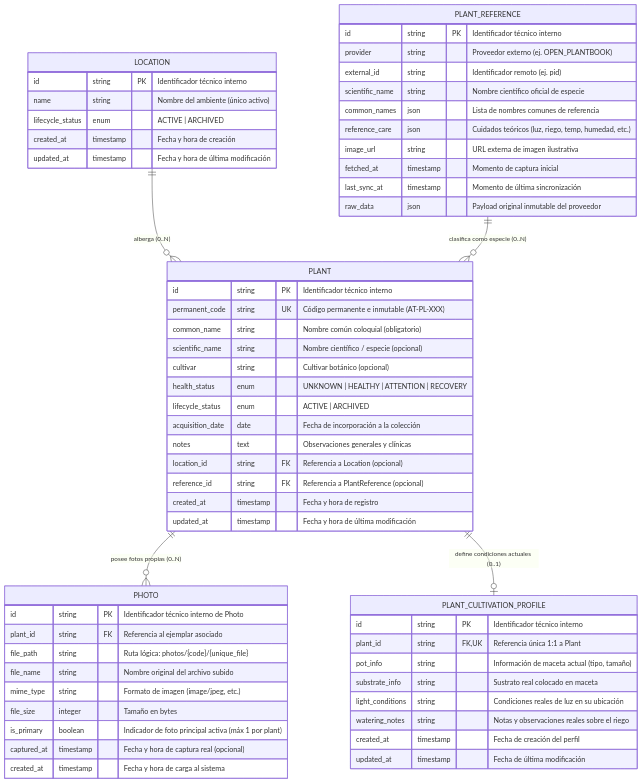
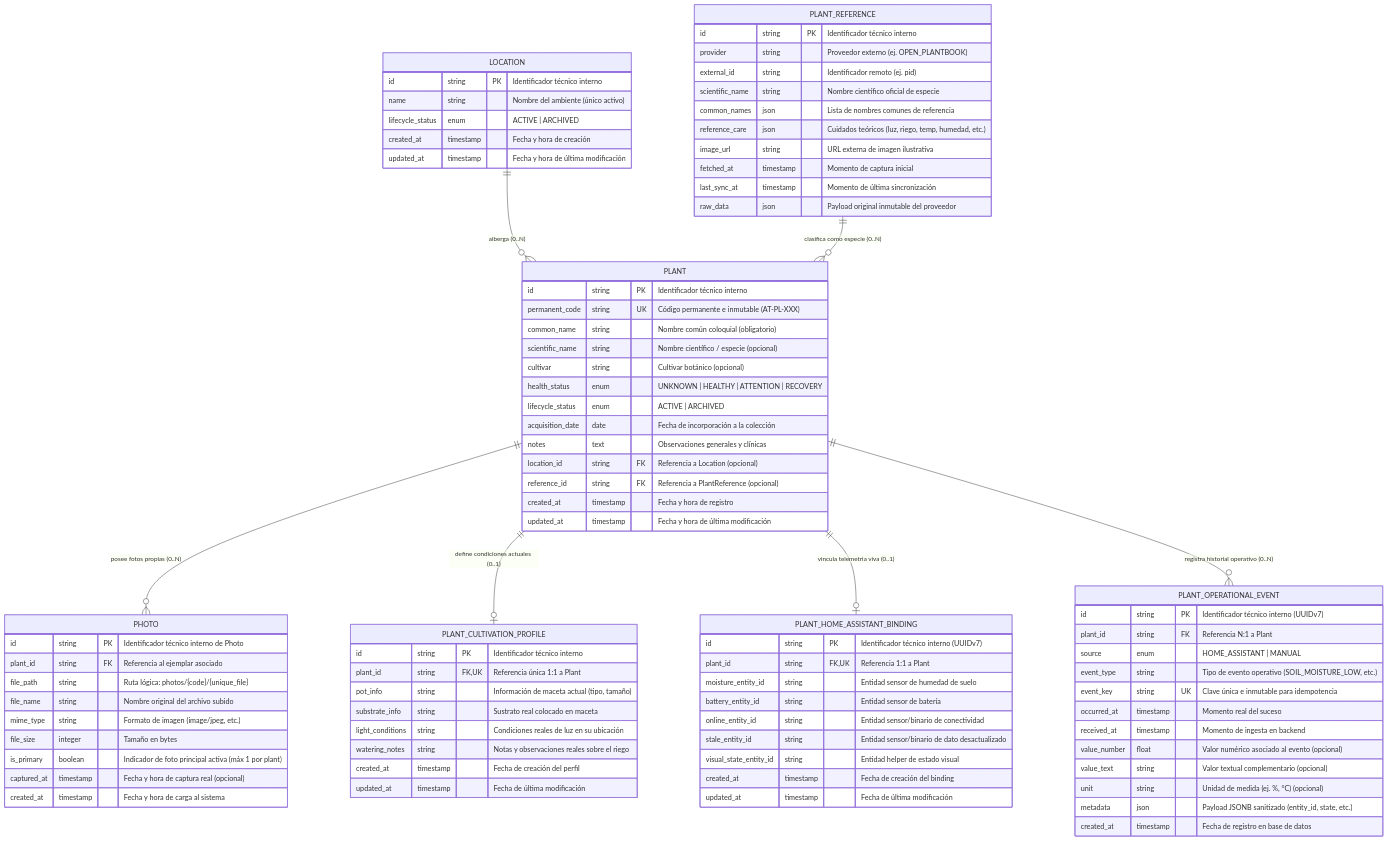
The diagram in 02_DATA/DATA_MODEL.md (Cundos/ATP), drawn with Mermaid before and after one commit. The commit also changed other lines of this file and 22 other files, not shown here.

Commit message:
feat: ingest Home Assistant plant events (ATP-HA-003)

```diff
--- a/02_DATA/DATA_MODEL.md
+++ b/02_DATA/DATA_MODEL.md
@@ -29,6 +29,8 @@
     PLANT_REFERENCE ||--o{ PLANT : "clasifica como especie (0..N)"
     PLANT ||--o{ PHOTO : "posee fotos propias (0..N)"
     PLANT ||--o| PLANT_CULTIVATION_PROFILE : "define condiciones actuales (0..1)"
+    PLANT ||--o| PLANT_HOME_ASSISTANT_BINDING : "vincula telemetria viva (0..1)"
+    PLANT ||--o{ PLANT_OPERATIONAL_EVENT : "registra historial operativo (0..N)"
 
     LOCATION {
         id string PK "Identificador técnico interno"
@@ -78,6 +80,33 @@
         updated_at timestamp "Fecha de última modificación"
     }
 
+    PLANT_HOME_ASSISTANT_BINDING {
+        id string PK "Identificador técnico interno (UUIDv7)"
+        plant_id string FK, UK "Referencia 1:1 a Plant"
+        moisture_entity_id string "Entidad sensor de humedad de suelo"
+        battery_entity_id string "Entidad sensor de batería"
+        online_entity_id string "Entidad sensor/binario de conectividad"
+        stale_entity_id string "Entidad sensor/binario de dato desactualizado"
+        visual_state_entity_id string "Entidad helper de estado visual"
+        created_at timestamp "Fecha de creación del binding"
+        updated_at timestamp "Fecha de última modificación"
+    }
+
+    PLANT_OPERATIONAL_EVENT {
+        id string PK "Identificador técnico interno (UUIDv7)"
+        plant_id string FK "Referencia N:1 a Plant"
+        source enum "HOME_ASSISTANT | MANUAL"
+        event_type string "Tipo de evento operativo (SOIL_MOISTURE_LOW, etc.)"
+        event_key string UK "Clave única e inmutable para idempotencia"
+        occurred_at timestamp "Momento real del suceso"
+        received_at timestamp "Momento de ingesta en backend"
+        value_number float "Valor numérico asociado al evento (opcional)"
+        value_text string "Valor textual complementario (opcional)"
+        unit string "Unidad de medida (ej. %, °C) (opcional)"
+        metadata json "Payload JSONB sanitizado (entity_id, state, etc.)"
+        created_at timestamp "Fecha de registro en base de datos"
+    }
+
     PHOTO {
         id string PK "Identificador técnico interno de Photo"
         plant_id string FK "Referencia al ejemplar asociado"
```
